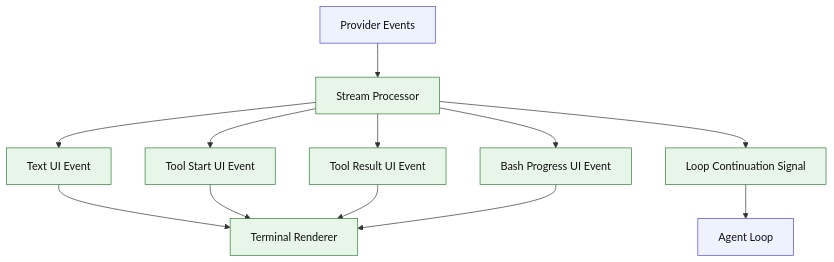
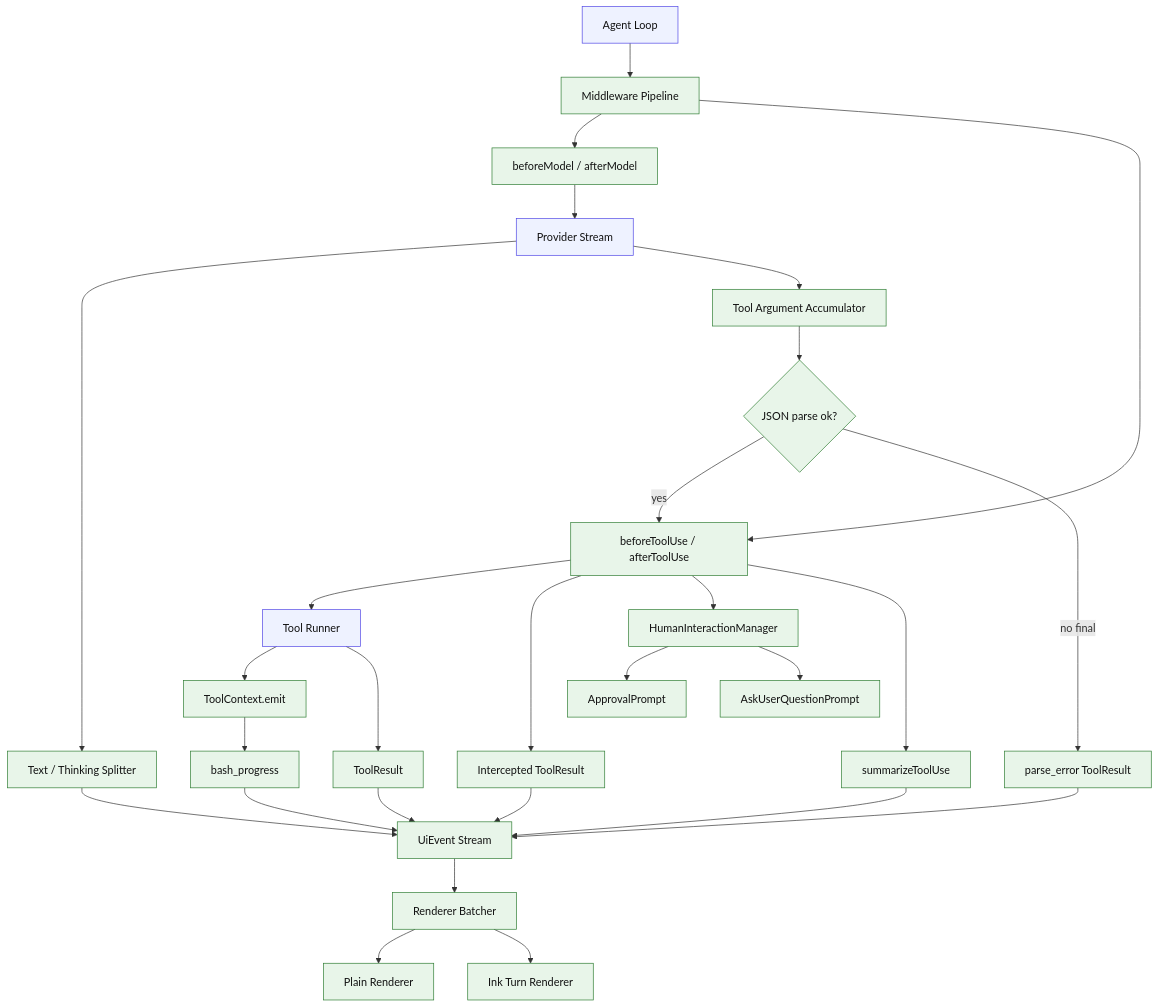
Before and after one commit to 1330482928/kai-code-agent: the diagram in code-agent-roadmap/stages/stage-03-streaming-cli.md, drawn with Mermaid. The commit also changed other lines of this file and 41 other files, not shown here.

Commit message:
docs(roadmap): refresh staged agent roadmap

````diff
--- a/code-agent-roadmap/stages/stage-03-streaming-cli.md
+++ b/code-agent-roadmap/stages/stage-03-streaming-cli.md
@@ -60,19 +71,35 @@
 ```mermaid
 flowchart TB
-  Provider["Provider Events"] --> Processor["Stream Processor"]
-  Processor --> Text["Text UI Event"]
-  Processor --> ToolStart["Tool Start UI Event"]
-  Processor --> ToolResult["Tool Result UI Event"]
-  Processor --> BashProgress["Bash Progress UI Event"]
-  Processor --> LoopSignal["Loop Continuation Signal"]
-  Text --> Renderer["Terminal Renderer"]
-  ToolStart --> Renderer
-  ToolResult --> Renderer
-  BashProgress --> Renderer
-  LoopSignal --> Loop["Agent Loop"]
+  Loop["Agent Loop"] --> Pipeline["Middleware Pipeline"]
+  Pipeline --> BeforeModel["beforeModel / afterModel"]
+  Pipeline --> BeforeTool["beforeToolUse / afterToolUse"]
+  BeforeModel --> Provider["Provider Stream"]
+  Provider --> Splitter["Text / Thinking Splitter"]
+  Provider --> Accumulator["Tool Argument Accumulator"]
+  Accumulator --> ParseGate{"JSON parse ok?"}
+  ParseGate -->|yes| BeforeTool
+  ParseGate -->|no final| ParseError["parse_error ToolResult"]
+  Splitter --> Events["UiEvent Stream"]
+  BeforeTool --> ToolRunner["Tool Runner"]
+  BeforeTool --> Intercept["Intercepted ToolResult"]
+  BeforeTool --> HumanManager["HumanInteractionManager"]
+  BeforeTool --> Summary["summarizeToolUse"]
+  ToolRunner --> RuntimeEmit["ToolContext.emit"]
+  RuntimeEmit --> BashProgress["bash_progress"]
+  ToolRunner --> ToolResult["ToolResult"]
+  Summary --> Events
+  ParseError --> Events
+  Intercept --> Events
+  ToolResult --> Events
+  BashProgress --> Events
+  Events --> Batcher["Renderer Batcher"]
+  Batcher --> Plain["Plain Renderer"]
+  Batcher --> Ink["Ink Turn Renderer"]
+  HumanManager --> Approval["ApprovalPrompt"]
+  HumanManager --> Question["AskUserQuestionPrompt"]
 
   classDef existing fill:#eef2ff,stroke:#4f46e5,color:#111;
   classDef new fill:#e8f5e9,stroke:#2e7d32,color:#111;
-  class Provider,Loop existing;
-  class Processor,Text,ToolStart,ToolResult,BashProgress,LoopSignal,Renderer new;
+  class Loop,Provider,ToolRunner existing;
+  class Pipeline,BeforeModel,BeforeTool,Splitter,Accumulator,ParseGate,ParseError,HumanManager,Summary,Intercept,RuntimeEmit,BashProgress,ToolResult,Events,Batcher,Plain,Ink,Approval,Question new;
 ```
````
